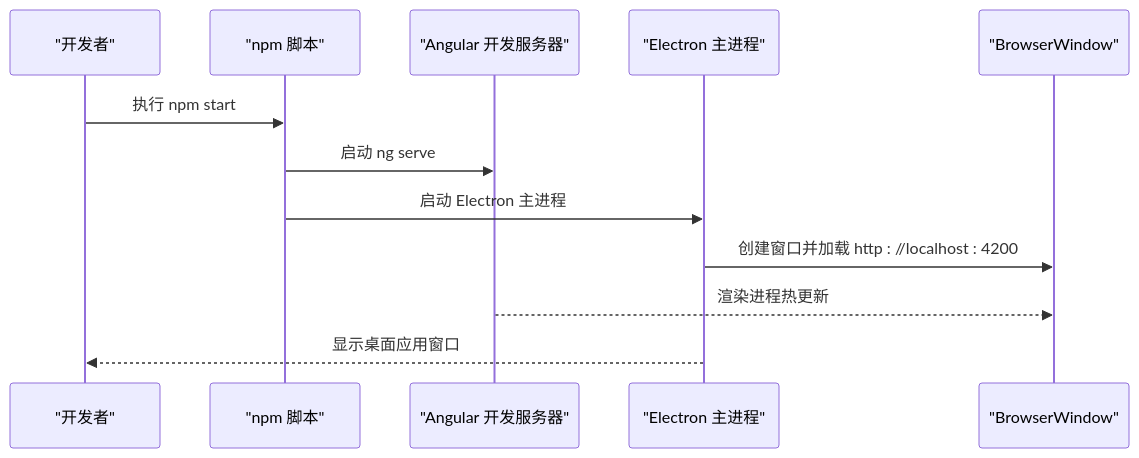
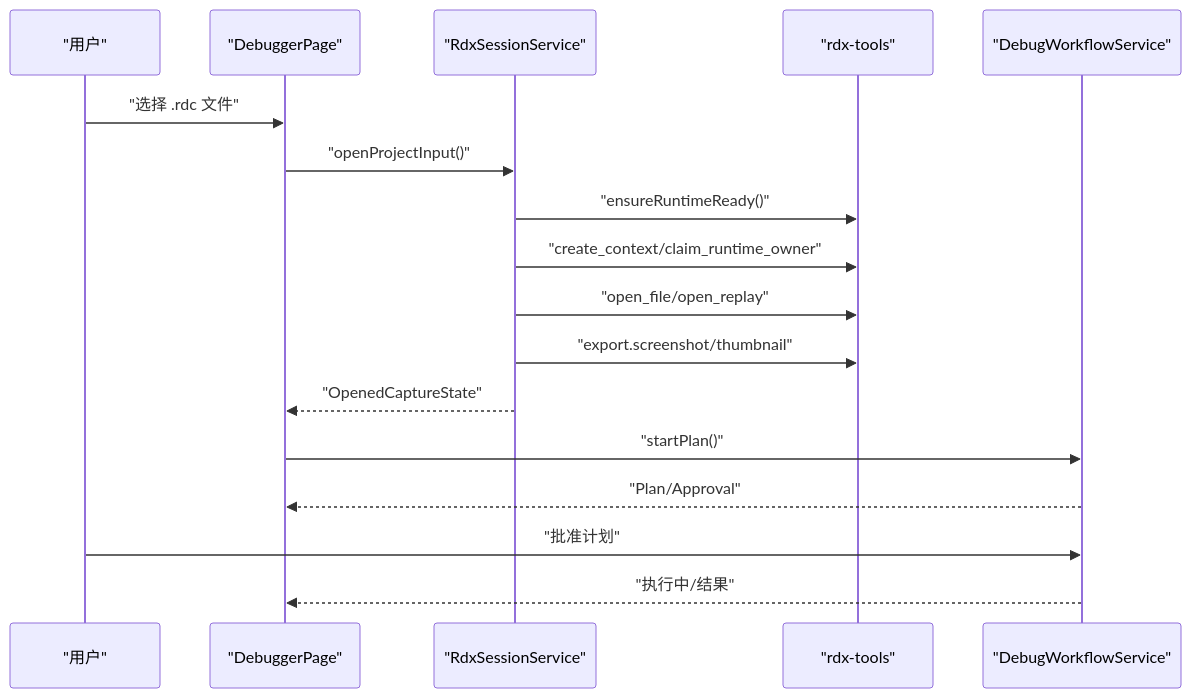
One commit to haolange/RDC-Agent changed the fourth of 5 diagrams in .qoder/repowiki/zh/content/快速开始.md. Above: the diagram before and after it, drawn with Mermaid. The commit also changed other lines of this file and 84 other files, not shown here.

````diff
--- a/.qoder/repowiki/zh/content/快速开始.md
+++ b/.qoder/repowiki/zh/content/快速开始.md
@@ -196,14 +146,19 @@
 ```mermaid
 sequenceDiagram
-participant User as "开发者"
-participant NPM as "npm 脚本"
-participant Ng as "Angular 开发服务器"
-participant Main as "Electron 主进程"
-participant Win as "BrowserWindow"
-User->>NPM : 执行 npm start
-NPM->>Ng : 启动 ng serve
-NPM->>Main : 启动 Electron 主进程
-Main->>Win : 创建窗口并加载 http : //localhost : 4200
-Ng-->>Win : 渲染进程热更新
-Main-->>User : 显示桌面应用窗口
+participant User as "用户"
+participant UI as "DebuggerPage"
+participant Main as "RdxSessionService"
+participant Tools as "rdx-tools"
+participant WF as "DebugWorkflowService"
+User->>UI : "选择 .rdc 文件"
+UI->>Main : "openProjectInput()"
+Main->>Tools : "ensureRuntimeReady()"
+Main->>Tools : "create_context/claim_runtime_owner"
+Main->>Tools : "open_file/open_replay"
+Main->>Tools : "export.screenshot/thumbnail"
+Main-->>UI : "OpenedCaptureState"
+UI->>WF : "startPlan()"
+WF-->>UI : "Plan/Approval"
+User->>WF : "批准计划"
+WF-->>UI : "执行中/结果"
 ```
````
